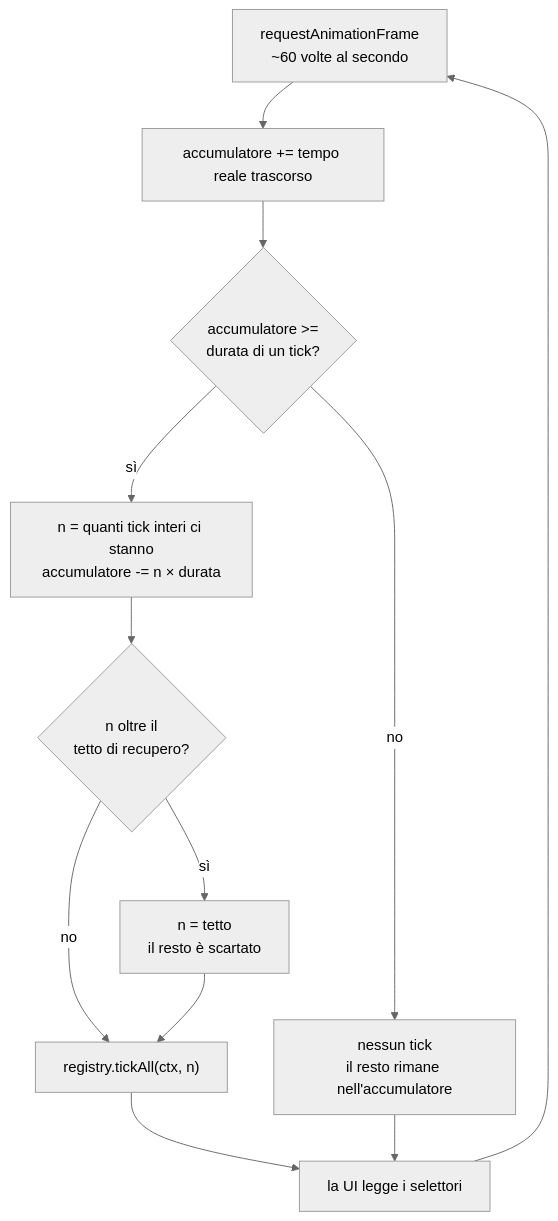
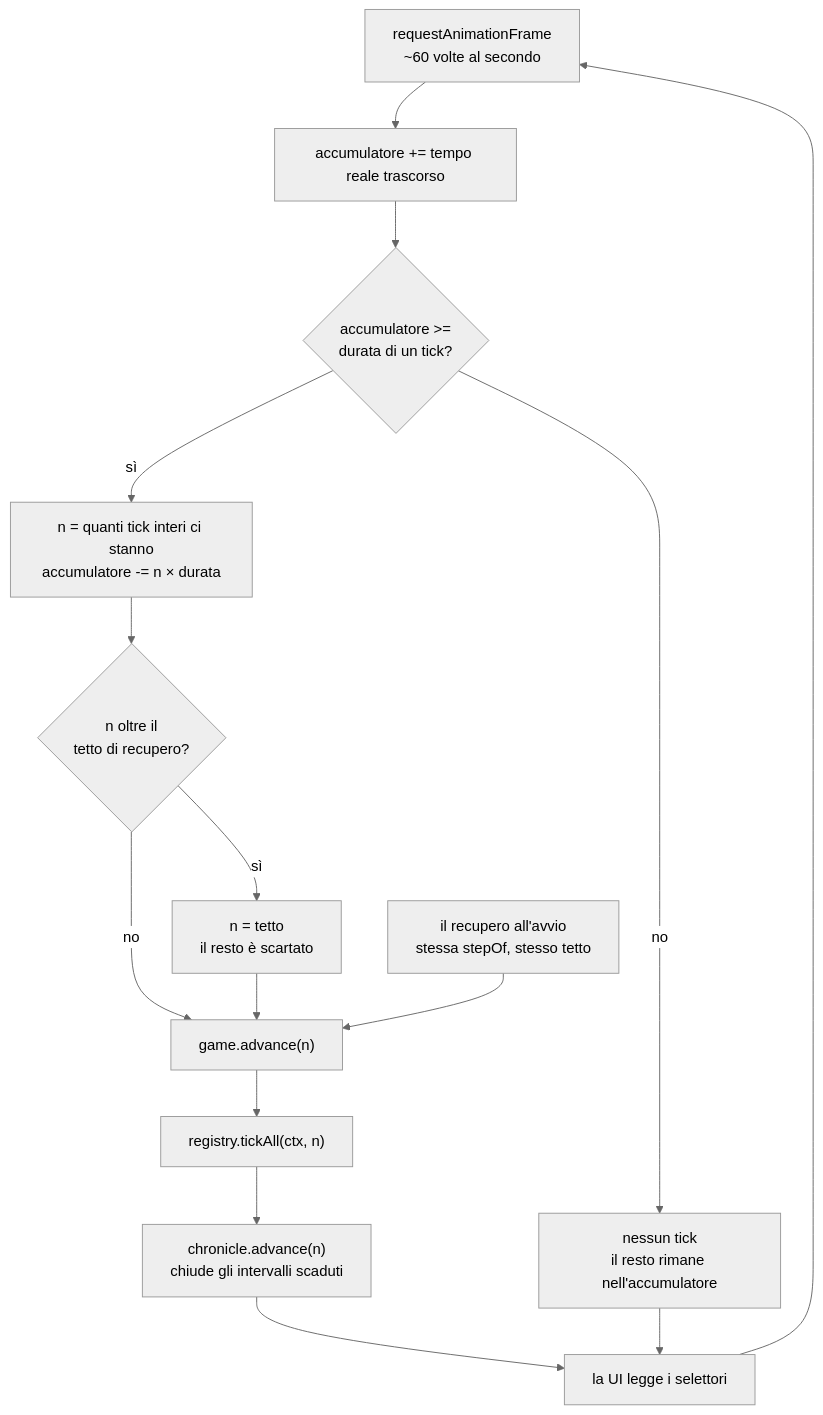
The first of 4 diagrams in docs/design/flusso-tick.md (devfrx/solvent), drawn with Mermaid (neutral theme) before and after one commit. The commit also changed other lines of this file and 19 other files, not shown here.

````diff
--- a/docs/design/flusso-tick.md
+++ b/docs/design/flusso-tick.md
@@ -22,14 +24,17 @@
 ```mermaid
 flowchart TD
   RAF["requestAnimationFrame<br/>~60 volte al secondo"] --> ACC["accumulatore += tempo reale trascorso"]
   ACC --> Q{"accumulatore >=<br/>durata di un tick?"}
   Q -- no --> WAIT["nessun tick<br/>il resto rimane nell'accumulatore"]
   Q -- sì --> N["n = quanti tick interi ci stanno<br/>accumulatore -= n × durata"]
   N --> CAP{"n oltre il<br/>tetto di recupero?"}
   CAP -- sì --> CLAMP["n = tetto<br/>il resto è scartato"]
-  CAP -- no --> TICK
-  CLAMP --> TICK["registry.tickAll(ctx, n)"]
-  TICK --> RENDER["la UI legge i selettori"]
+  CAP -- no --> ADV
+  CLAMP --> ADV["game.advance(n)"]
+  BOOT["il recupero all'avvio<br/>stessa stepOf, stesso tetto"] --> ADV
+  ADV --> TICK["registry.tickAll(ctx, n)"]
+  TICK --> CHR["chronicle.advance(n)<br/>chiude gli intervalli scaduti"]
+  CHR --> RENDER["la UI legge i selettori"]
   WAIT --> RENDER
   RENDER --> RAF
 ```
````
